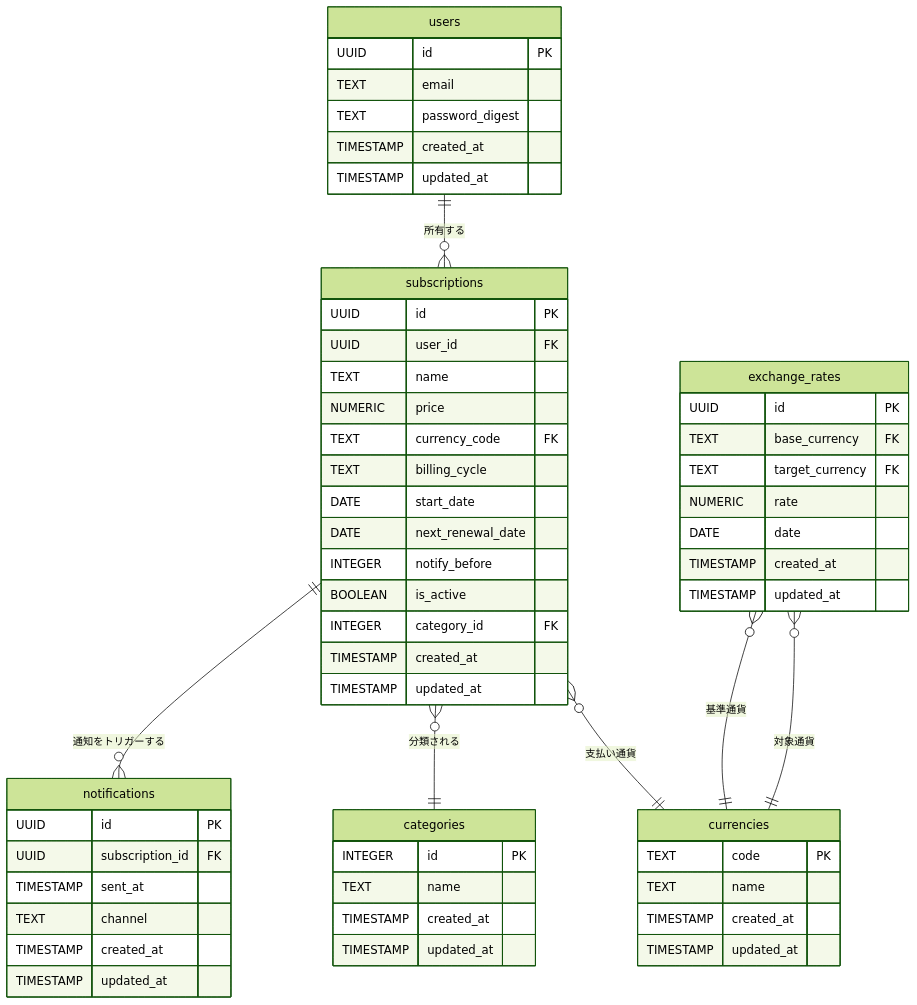
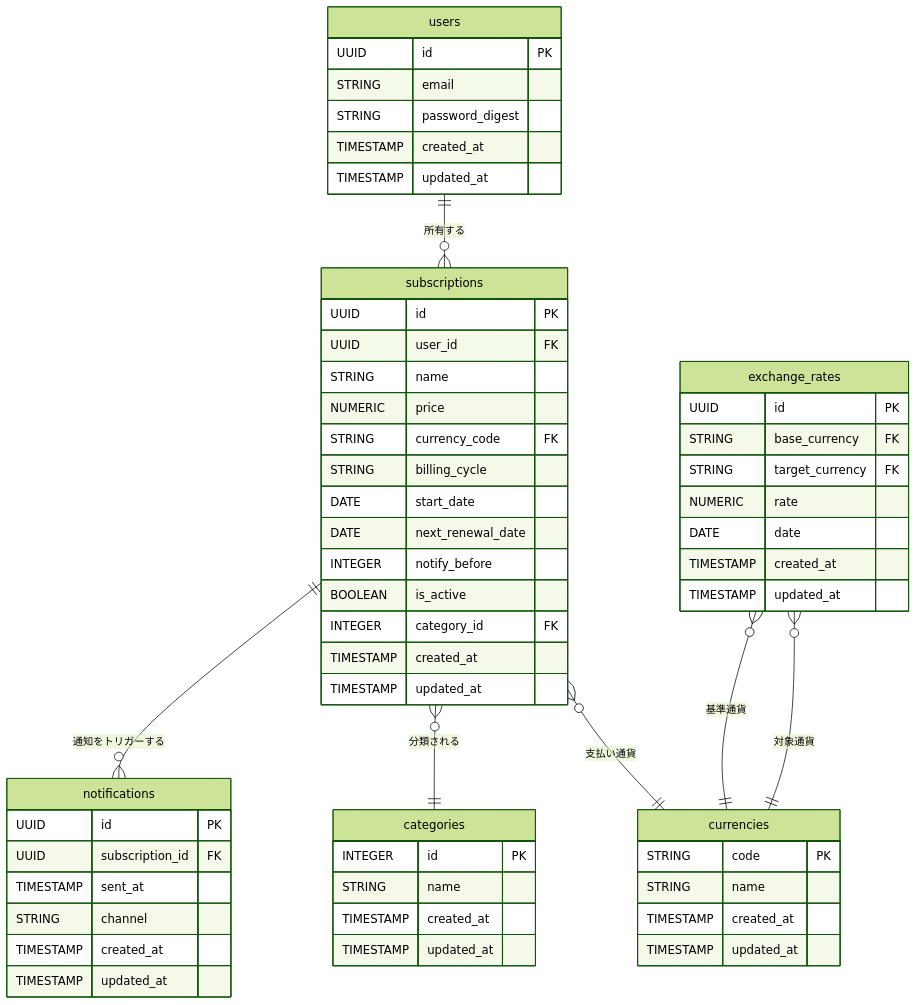
The diagram in doc/er-diagram.md (ueferi/track-my-subs), drawn with Mermaid (forest theme) before and after one commit.

Commit message:
Change ER diagram column types from TEXT to STRING

````diff
--- a/doc/er-diagram.md
+++ b/doc/er-diagram.md
@@ -7,67 +7,67 @@
 ```mermaid
 erDiagram
 
 users {
   UUID id PK
-  TEXT email
-  TEXT password_digest
+  STRING email
+  STRING password_digest
   TIMESTAMP created_at
   TIMESTAMP updated_at
 }
 
 subscriptions {
   UUID id PK
   UUID user_id FK
-  TEXT name
+  STRING name
   NUMERIC price
-  TEXT currency_code FK
-  TEXT billing_cycle
+  STRING currency_code FK
+  STRING billing_cycle
   DATE start_date
   DATE next_renewal_date
   INTEGER notify_before
   BOOLEAN is_active
   INTEGER category_id FK
   TIMESTAMP created_at
   TIMESTAMP updated_at
 }
 
 notifications {
   UUID id PK
   UUID subscription_id FK
   TIMESTAMP sent_at
-  TEXT channel
+  STRING channel
   TIMESTAMP created_at
   TIMESTAMP updated_at
 }
 
 categories {
   INTEGER id PK
-  TEXT name
+  STRING name
   TIMESTAMP created_at
   TIMESTAMP updated_at
 }
 
 currencies {
-  TEXT code PK
-  TEXT name
+  STRING code PK
+  STRING name
   TIMESTAMP created_at
   TIMESTAMP updated_at
 }
 
 exchange_rates {
   UUID id PK
-  TEXT base_currency FK
-  TEXT target_currency FK
+  STRING base_currency FK
+  STRING target_currency FK
   NUMERIC rate
   DATE date
   TIMESTAMP created_at
   TIMESTAMP updated_at
 }
 
 users ||--o{ subscriptions : "所有する"
 subscriptions ||--o{ notifications : "通知をトリガーする"
 subscriptions }o--|| categories : "分類される"
 subscriptions }o--|| currencies : "支払い通貨"
 exchange_rates }o--|| currencies : "基準通貨"
 exchange_rates }o--|| currencies : "対象通貨"
 ```
````
